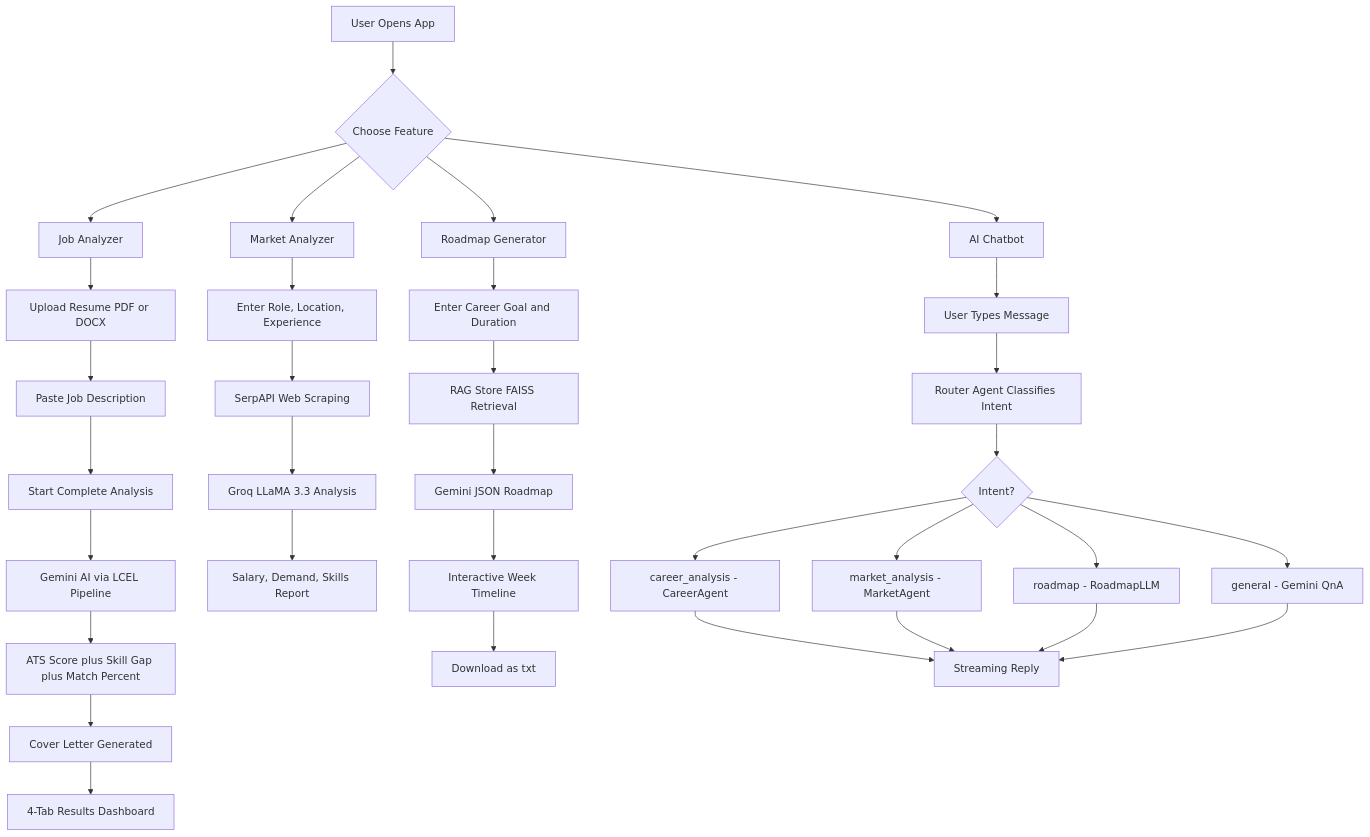
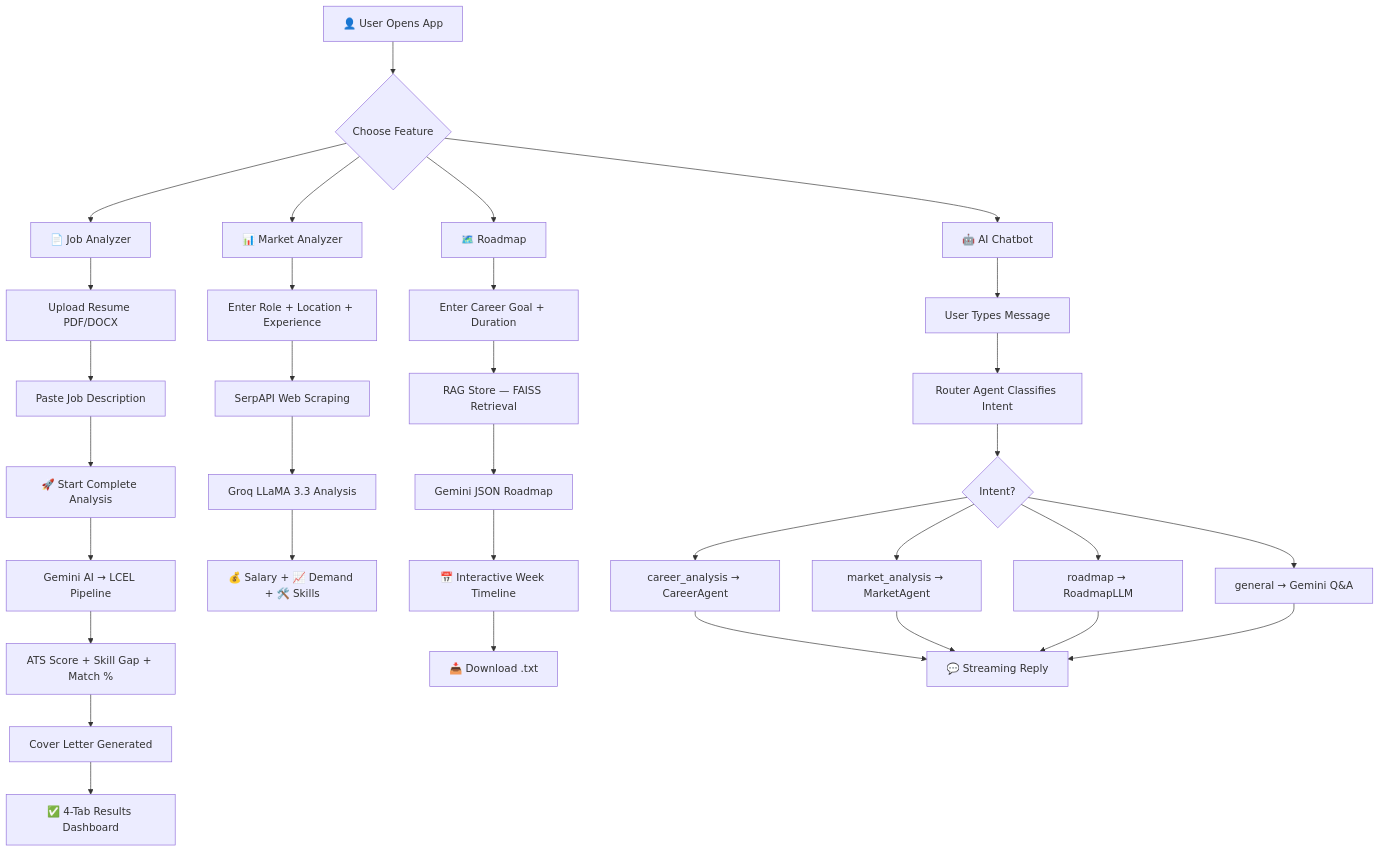
Before and after one commit to codexankiiit31/Student-Career-Analyser-Agent: the diagram in README.md, drawn with Mermaid. The commit also changed other lines of this file and 56 other files, not shown here.

First line of the commit message:
feat: Implement the core AI Career Agent application including job analysis, roadmap generation, market insights, and a RAG-powered chatbot.

````diff
--- a/README.md
+++ b/README.md
@@ -107,40 +126,37 @@
 ```mermaid
 flowchart TD
-    A[User Opens App] --> B{Choose Feature}
+    A[👤 User Opens App] --> B{Choose Feature}
 
-    B --> C[Job Analyzer]
-    B --> D[Market Analyzer]
-    B --> E[Roadmap Generator]
-    B --> F[AI Chatbot]
+    B --> C[📄 Job Analyzer]
+    B --> D[📊 Market Analyzer]
+    B --> E[🗺️ Roadmap]
+    B --> F[🤖 AI Chatbot]
 
-    C --> C1[Upload Resume PDF or DOCX]
+    C --> C1[Upload Resume PDF/DOCX]
     C1 --> C2[Paste Job Description]
-    C2 --> C3[Start Complete Analysis]
-    C3 --> C4[Gemini AI via LCEL Pipeline]
-    C4 --> C5[ATS Score plus Skill Gap plus Match Percent]
+    C2 --> C3[🚀 Start Complete Analysis]
+    C3 --> C4[Gemini AI → LCEL Pipeline]
+    C4 --> C5[ATS Score + Skill Gap + Match %]
     C5 --> C6[Cover Letter Generated]
-    C6 --> C7[4-Tab Results Dashboard]
+    C6 --> C7[✅ 4-Tab Results Dashboard]
 
-    D --> D1[Enter Role, Location, Experience]
+    D --> D1[Enter Role + Location + Experience]
     D1 --> D2[SerpAPI Web Scraping]
     D2 --> D3[Groq LLaMA 3.3 Analysis]
-    D3 --> D4[Salary, Demand, Skills Report]
+    D3 --> D4[💰 Salary + 📈 Demand + 🛠️ Skills]
 
-    E --> E1[Enter Career Goal and Duration]
-    E1 --> E2[RAG Store FAISS Retrieval]
+    E --> E1[Enter Career Goal + Duration]
+    E1 --> E2[RAG Store — FAISS Retrieval]
     E2 --> E3[Gemini JSON Roadmap]
-    E3 --> E4[Interactive Week Timeline]
-    E4 --> E5[Download as txt]
+    E3 --> E4[📅 Interactive Week Timeline]
+    E4 --> E5[📥 Download .txt]
 
     F --> F1[User Types Message]
     F1 --> F2[Router Agent Classifies Intent]
     F2 --> F3{Intent?}
-    F3 --> F4[career_analysis - CareerAgent]
-    F3 --> F5[market_analysis - MarketAgent]
-    F3 --> F6[roadmap - RoadmapLLM]
-    F3 --> F7[general - Gemini QnA]
-    F4 --> F8[Streaming Reply]
-    F5 --> F8
-    F6 --> F8
-    F7 --> F8
+    F3 --> F4[career_analysis → CareerAgent]
+    F3 --> F5[market_analysis → MarketAgent]
+    F3 --> F6[roadmap → RoadmapLLM]
+    F3 --> F7[general → Gemini Q&A]
+    F4 & F5 & F6 & F7 --> F8[💬 Streaming Reply]
 ```
````
